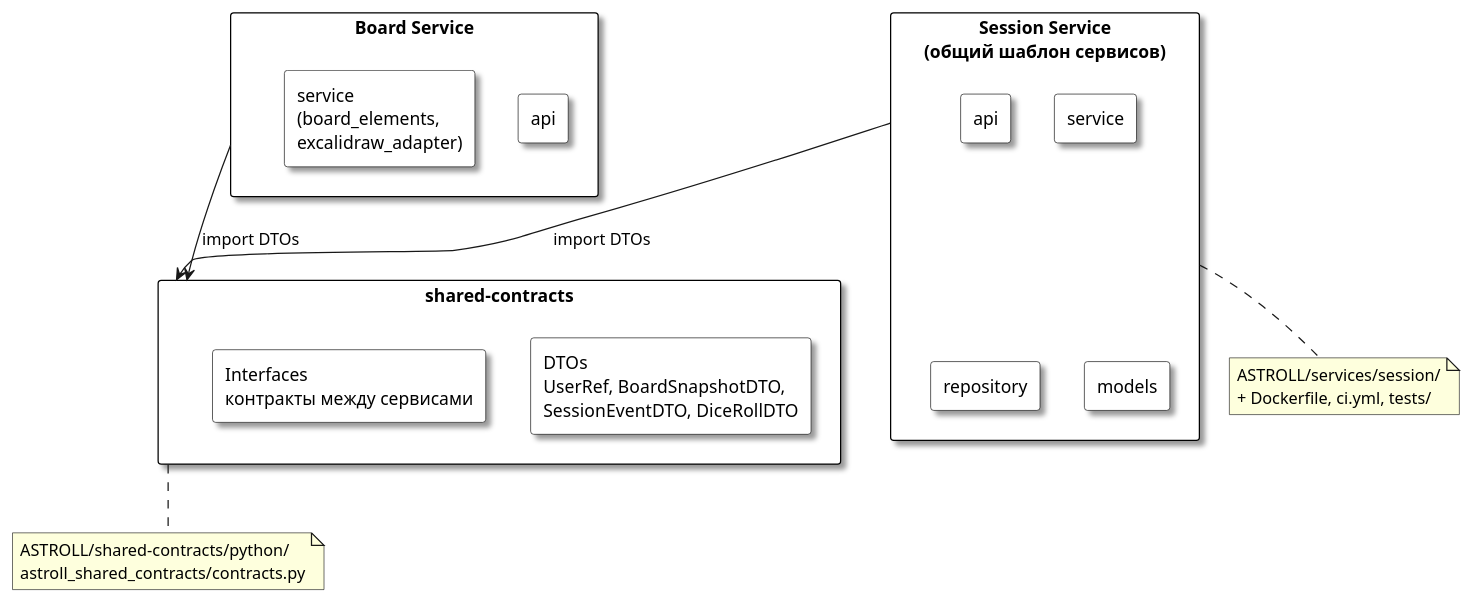
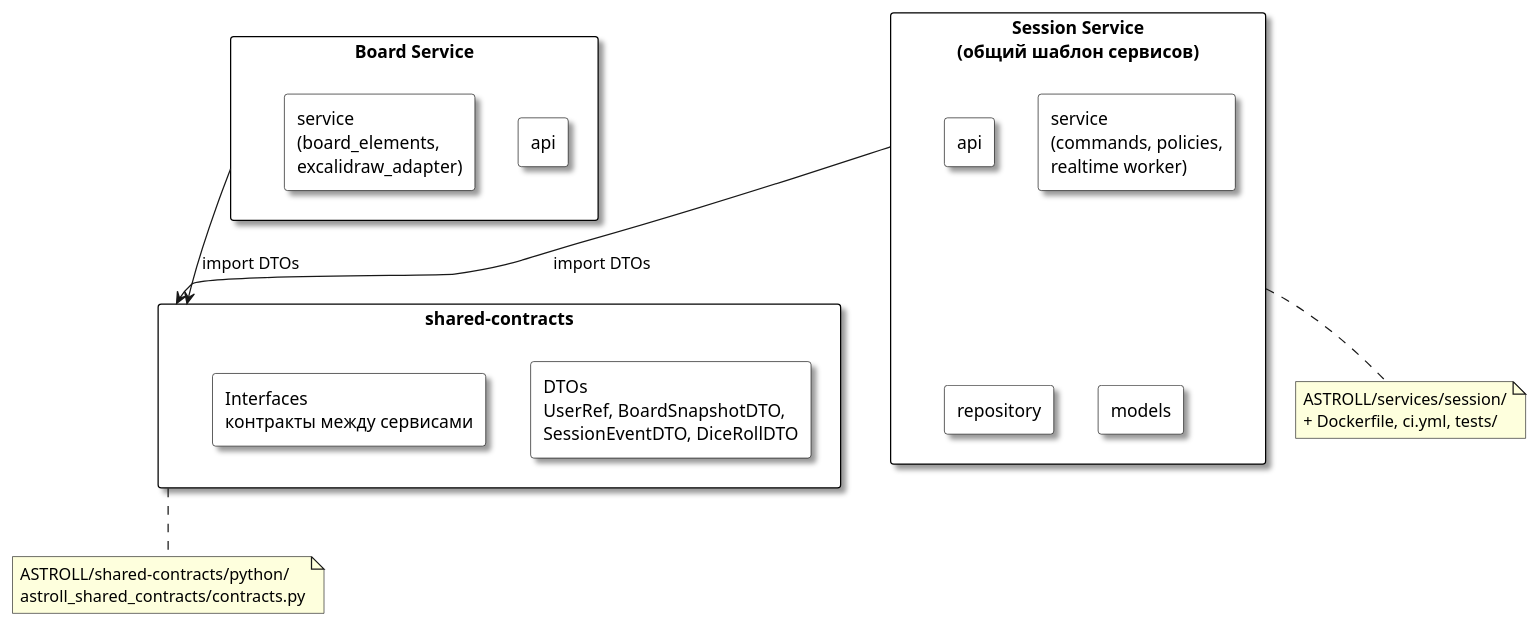
Before and after one commit to wingelshteyn/DesignSoftwareCourse: the diagram in diagram_prompts/19_4plus1_development_view.md, drawn with PlantUML. The commit also changed other lines of this file and 7 other files, not shown here.

````diff
--- a/diagram_prompts/19_4plus1_development_view.md
+++ b/diagram_prompts/19_4plus1_development_view.md
@@ -37,44 +37,44 @@
 ```plantuml
 @startuml
 skinparam rectangle {
   BackgroundColor white
   BorderColor black
   shadowing true
 }
 skinparam packageStyle rectangle
 
 rectangle "Session Service\n(общий шаблон сервисов)" as Session {
   rectangle "api" as s_api
-  rectangle "service" as s_svc
+  rectangle "service\n(commands, policies,\nrealtime worker)" as s_svc
   rectangle "repository" as s_repo
   rectangle "models" as s_mod
 }
 
 rectangle "Board Service" as Board {
   rectangle "api" as b_api
   rectangle "service\n(board_elements,\nexcalidraw_adapter)" as b_svc
 }
 
 rectangle "shared-contracts" as Contracts {
   rectangle "DTOs\nUserRef, BoardSnapshotDTO,\nSessionEventDTO, DiceRollDTO" as DTOs
   rectangle "Interfaces\nконтракты между сервисами" as IF
 }
 
 Session -[hidden]left- Board
 Session -[hidden]down- Contracts
 Board -[hidden]down- Contracts
 
 Session --> Contracts : import DTOs
 Board --> Contracts : import DTOs
 
 note bottom of Session
   ASTROLL/services/session/
   + Dockerfile, ci.yml, tests/
 end note
 
 note bottom of Contracts
   ASTROLL/shared-contracts/python/
   astroll_shared_contracts/contracts.py
 end note
 @enduml
 ```
````
